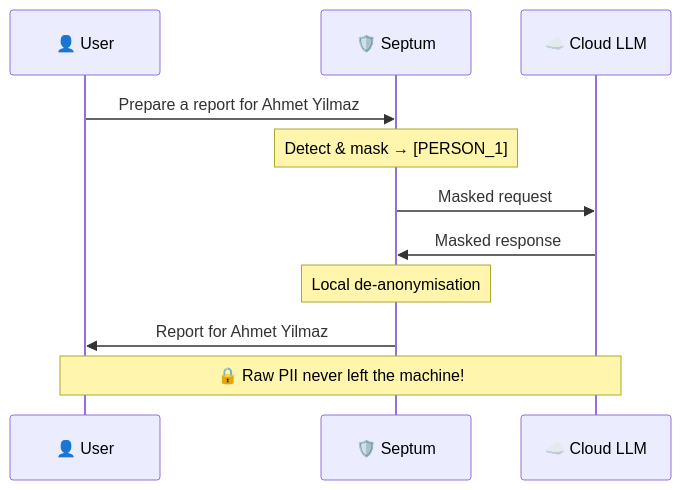
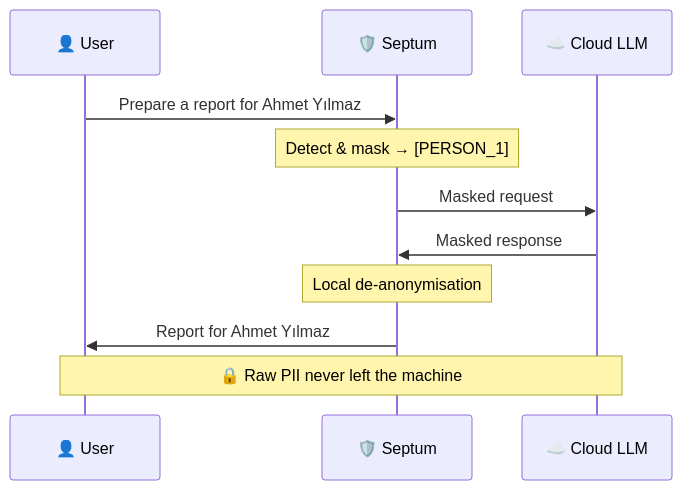
One commit to byerlikaya/Septum changed the first of 2 diagrams in README.md. Above: the diagram before and after it, drawn with Mermaid. The commit also changed other lines of this file and 4 other files, not shown here.

````diff
--- a/README.md
+++ b/README.md
@@ -98,13 +82,13 @@
 ```mermaid
 sequenceDiagram
     participant U as 👤 User
     participant S as 🛡️ Septum
     participant L as ☁️ Cloud LLM
-    U->>S: Prepare a report for Ahmet Yilmaz
+    U->>S: Prepare a report for Ahmet Yılmaz
     Note over S: Detect & mask → [PERSON_1]
     S->>L: Masked request
     L->>S: Masked response
     Note over S: Local de-anonymisation
-    S->>U: Report for Ahmet Yilmaz
-    Note over U,L: 🔒 Raw PII never left the machine!
+    S->>U: Report for Ahmet Yılmaz
+    Note over U,L: 🔒 Raw PII never left the machine
 ```
````
